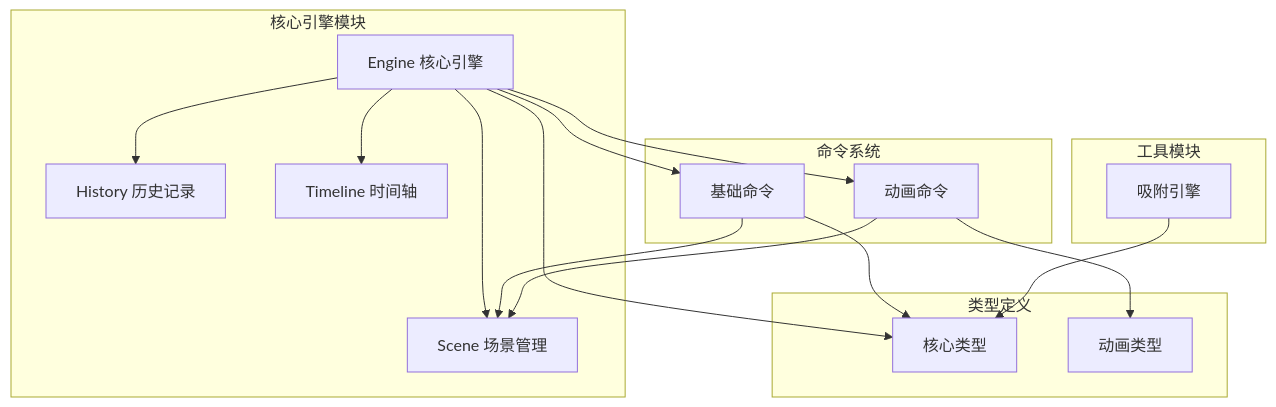
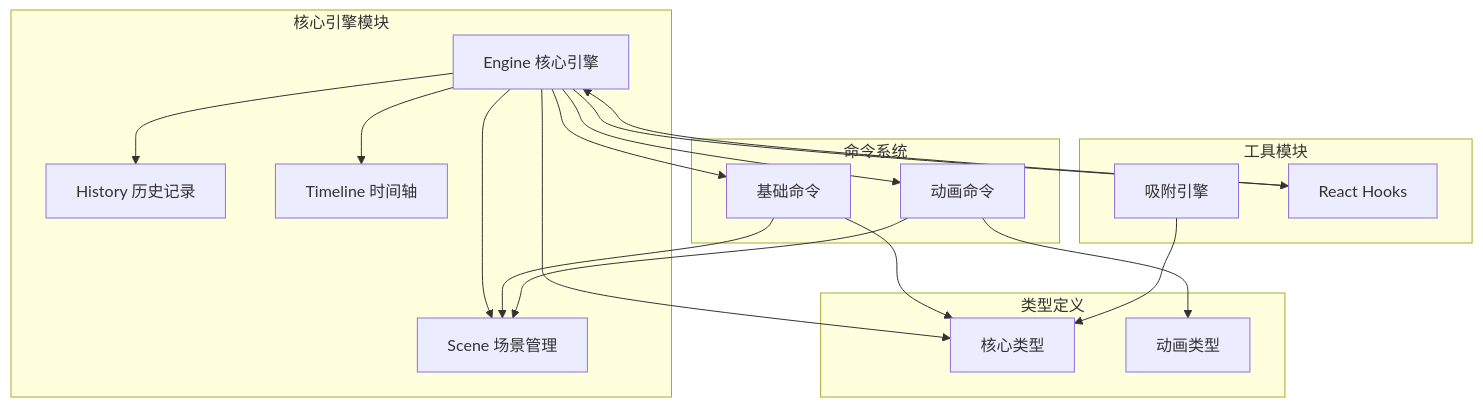
One commit to Anna0314zy/ai_editor_enginer changed the first of 18 diagrams in .qoder/repowiki/zh/content/引擎系统/核心引擎.md. Above: the diagram before and after it, drawn with Mermaid. The commit also changed other lines of this file and 25 other files, not shown here.

````diff
--- a/.qoder/repowiki/zh/content/引擎系统/核心引擎.md
+++ b/.qoder/repowiki/zh/content/引擎系统/核心引擎.md
@@ -43,31 +54,34 @@
 ```mermaid
 graph TB
 subgraph "核心引擎模块"
 Engine[Engine 核心引擎]
 Scene[Scene 场景管理]
 History[History 历史记录]
 Timeline[Timeline 时间轴]
 end
 subgraph "命令系统"
 Commands[基础命令]
 AnimCmds[动画命令]
 end
 subgraph "类型定义"
 Types[核心类型]
 AnimTypes[动画类型]
 end
 subgraph "工具模块"
 SnapEngine[吸附引擎]
+Hooks[React Hooks]
 end
 Engine --> Scene
 Engine --> History
 Engine --> Timeline
 Engine --> Commands
 Engine --> AnimCmds
+Engine --> Hooks
 Commands --> Scene
 AnimCmds --> Scene
 Engine --> Types
 Commands --> Types
 AnimCmds --> AnimTypes
 SnapEngine --> Types
+Hooks --> Engine
 ```
````
